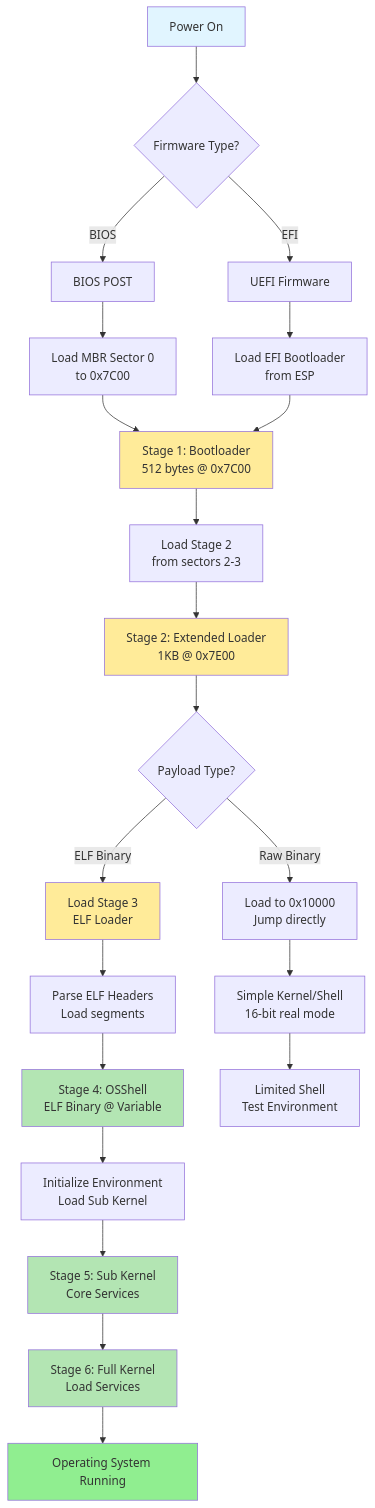
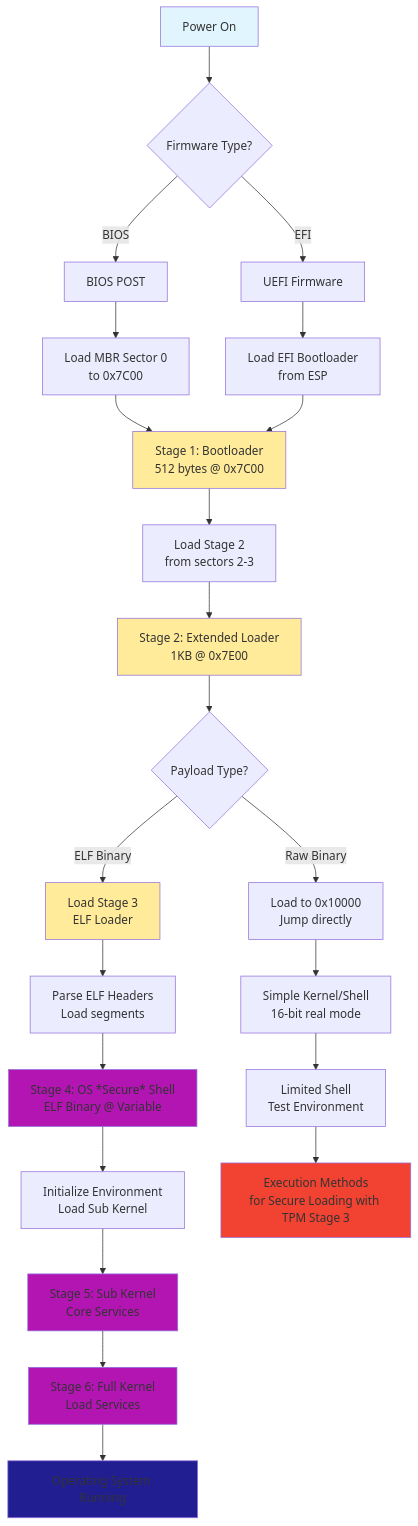
The diagram in Architecture.md (DevKiDCosmo/NaoBootloader), drawn with Mermaid before and after one commit.

Commit message:
Update architecture diagram to emphasize secure loading in Stage 4 and add execution methods for TPM Stage 3

````diff
--- a/Architecture.md
+++ b/Architecture.md
@@ -135,41 +135,43 @@
 ```mermaid
 flowchart TD
     A[Power On] --> B{Firmware Type?}
     B -->|BIOS| C[BIOS POST]
     B -->|EFI| D[UEFI Firmware]
     
     C --> E[Load MBR Sector 0<br/>to 0x7C00]
     D --> F[Load EFI Bootloader<br/>from ESP]
     
     E --> G[Stage 1: Bootloader<br/>512 bytes @ 0x7C00]
     F --> G
     
     G --> H[Load Stage 2<br/>from sectors 2-3]
     H --> I[Stage 2: Extended Loader<br/>1KB @ 0x7E00]
     
     I --> J{Payload Type?}
     J -->|Raw Binary| K[Load to 0x10000<br/>Jump directly]
     J -->|ELF Binary| L[Load Stage 3<br/>ELF Loader]
     
     K --> M[Simple Kernel/Shell<br/>16-bit real mode]
     L --> N[Parse ELF Headers<br/>Load segments]
     
-    N --> O[Stage 4: OSShell<br/>ELF Binary @ Variable]
+    N --> O[Stage 4: OS *Secure* Shell<br/>ELF Binary @ Variable]
     
     O --> P[Initialize Environment<br/>Load Sub Kernel]
     P --> Q[Stage 5: Sub Kernel<br/>Core Services]
     
     Q --> R[Stage 6: Full Kernel<br/>Load Services]
     R --> S[Operating System Running]
     
     M --> T[Limited Shell<br/>Test Environment]
+    T --> TA[Execution Methods</br>for Secure Loading with TPM Stage 3]
     
     style A fill:#e1f5ff
     style G fill:#ffeb99
     style I fill:#ffeb99
     style L fill:#ffeb99
-    style O fill:#b3e5b3
-    style Q fill:#b3e5b3
-    style R fill:#b3e5b3
-    style S fill:#90ee90
+    style O fill:#b315b3
+    style Q fill:#b315b3
+    style R fill:#b315b3
+    style S fill:#201e90
+    style TA fill:#F24232
 ```
````
